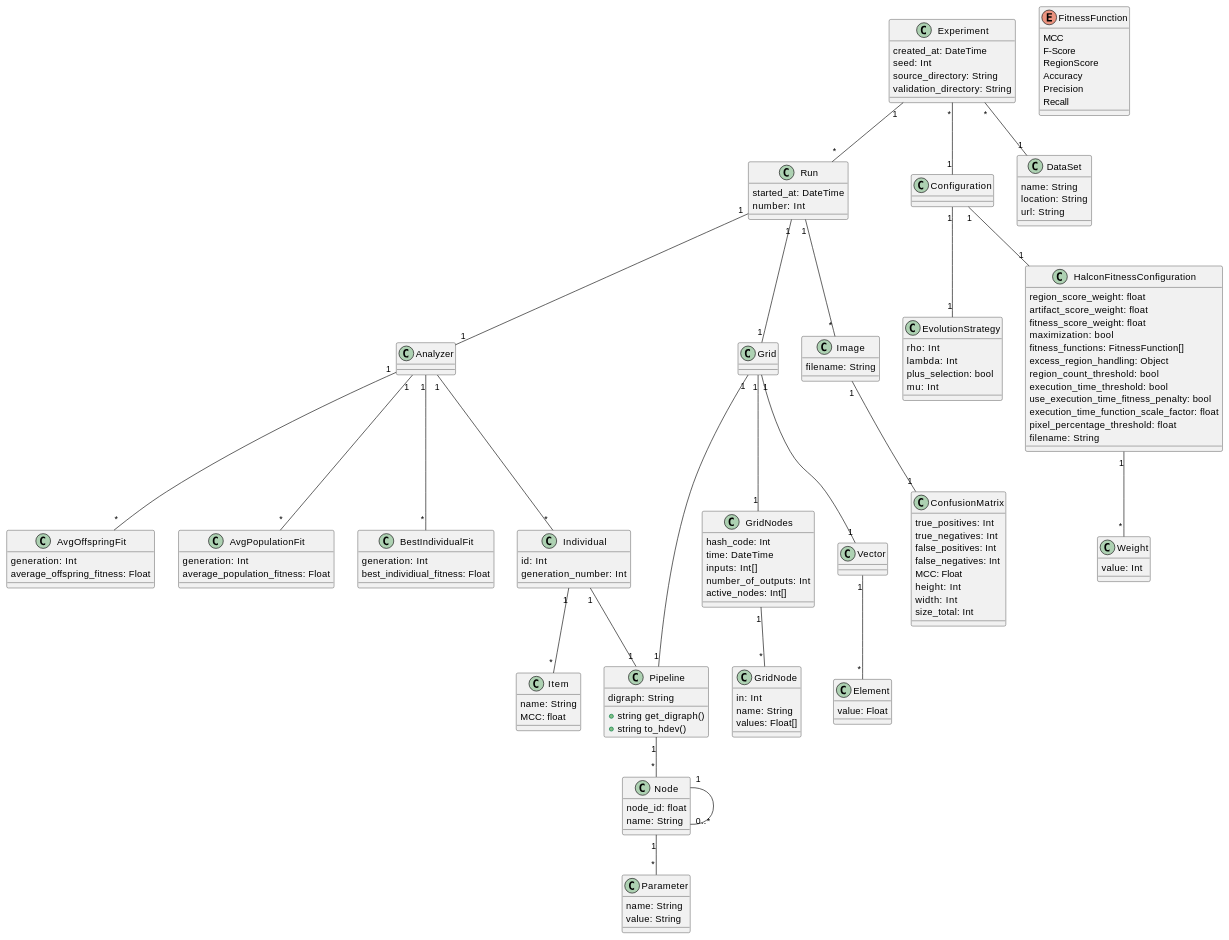
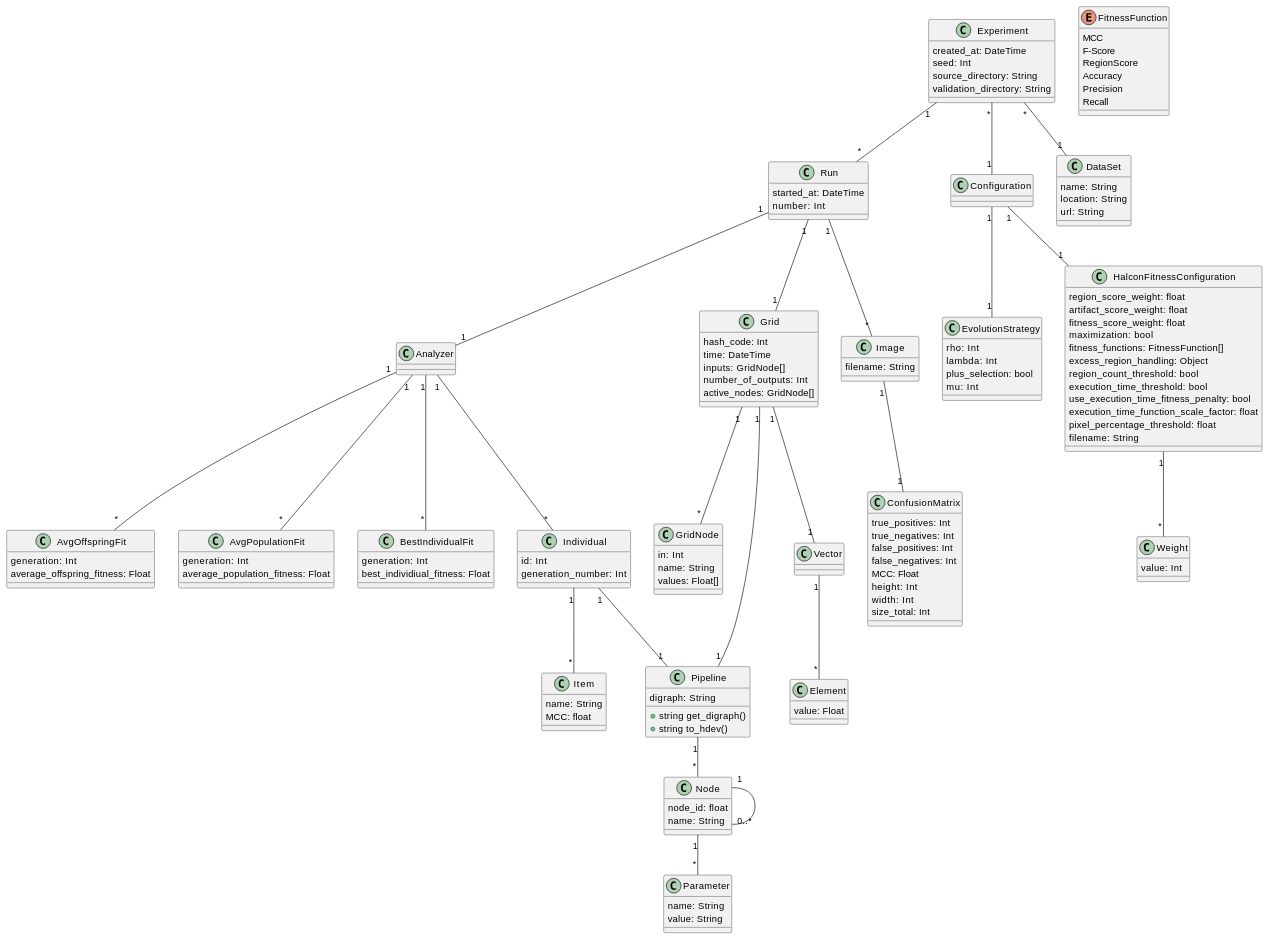
The diagram in diagrams/DataModel.md (anmarchio/experiments), drawn with PlantUML before and after one commit.

```diff
--- a/diagrams/DataModel.md
+++ b/diagrams/DataModel.md
@@ -85,14 +85,14 @@
   MCC: float
 }
 
-class Grid
-class GridNodes {
+class Grid {
   hash_code: Int
   time: DateTime
-  inputs: Int[]
+  inputs: GridNode[]
   number_of_outputs: Int
-  active_nodes: Int[]
+  active_nodes: GridNode[]
 }
+
 class GridNode {
   in: Int
   name: String
@@ -153,8 +153,7 @@
 Individual "1" -- "1" Pipeline
 
 Run "1" -- "1" Grid
-Grid "1" -- "1" GridNodes
-GridNodes "1" -- "*" GridNode
+Grid "1" -- "*" GridNode
 Grid "1" -- "1" Pipeline
 Grid "1" -- "1" Vector
 Vector "1" -- "*" Element
```
